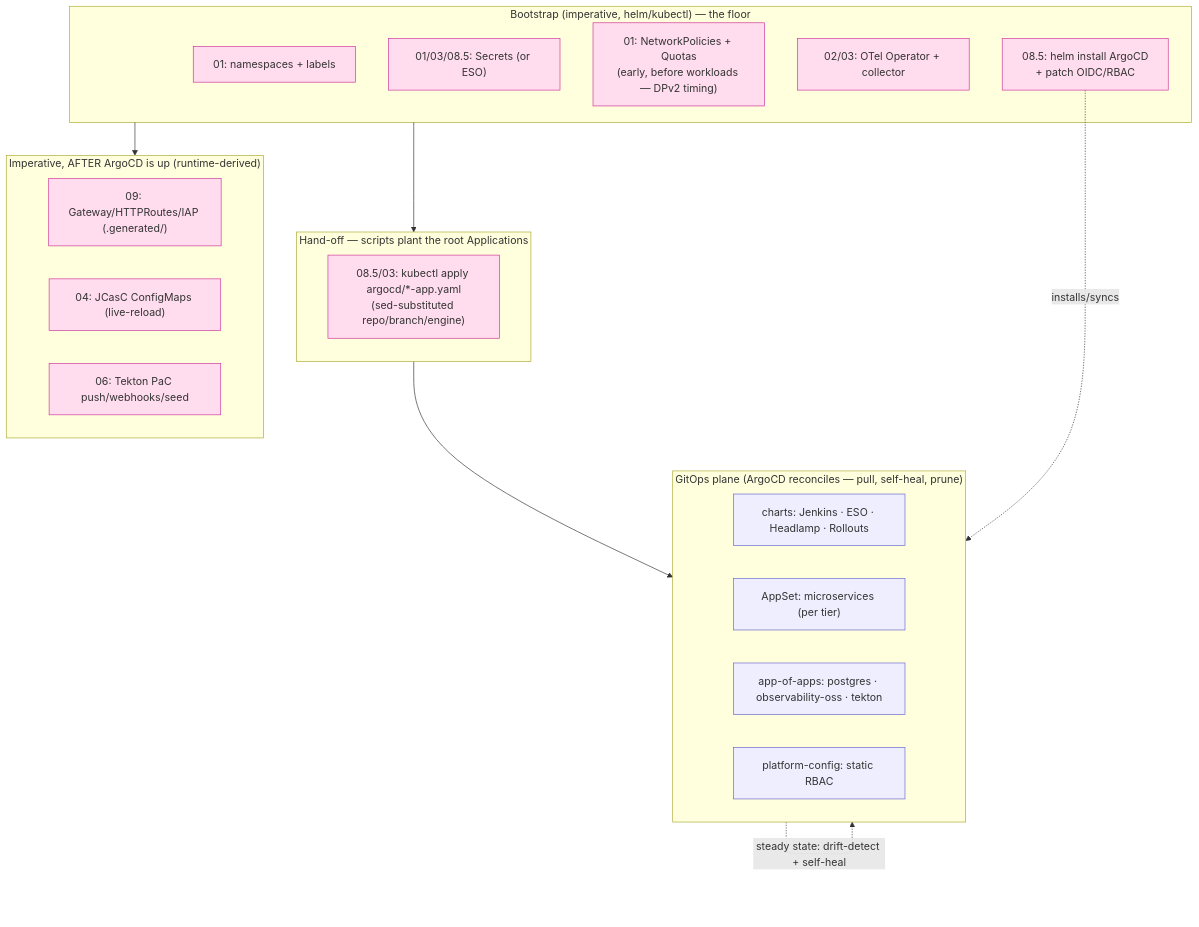
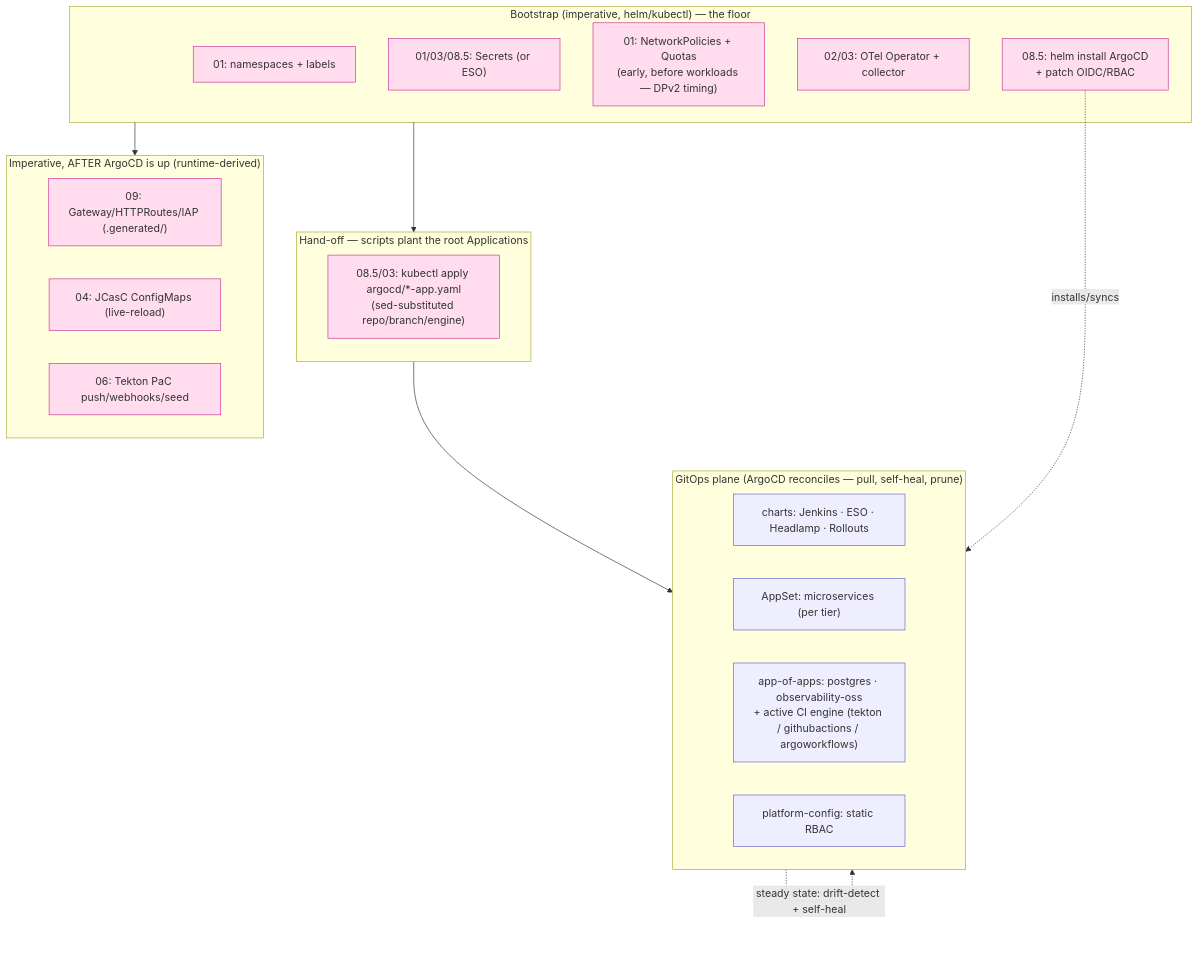
One commit to nubenetes/jenkins-2026 changed the sixth of 11 diagrams in docs/201-ARCHITECTURE.md. Above: the diagram before and after it, drawn with Mermaid. The commit also changed other lines of this file and 4 other files, not shown here.

First line of the commit message:
docs: align remaining mermaid diagrams with main + fix 2 pre-existing broken diagrams (#478)

````diff
--- a/docs/201-ARCHITECTURE.md
+++ b/docs/201-ARCHITECTURE.md
@@ -582,34 +586,34 @@
 ```mermaid
 flowchart TD
     subgraph BOOT["Bootstrap (imperative, helm/kubectl) — the floor"]
         NS["01: namespaces + labels"]
         SEC["01/03/08.5: Secrets (or ESO)"]
         NP["01: NetworkPolicies + Quotas<br/>(early, before workloads — DPv2 timing)"]
         OP["02/03: OTel Operator + collector"]
         ARGO["08.5: helm install ArgoCD<br/>+ patch OIDC/RBAC"]
     end
     subgraph PLANT["Hand-off — scripts plant the root Applications"]
         APPS["08.5/03: kubectl apply argocd/*-app.yaml<br/>(sed-substituted repo/branch/engine)"]
     end
     subgraph PULL["GitOps plane (ArgoCD reconciles — pull, self-heal, prune)"]
         CHARTS["charts: Jenkins · ESO · Headlamp · Rollouts"]
         FLEET["AppSet: microservices (per tier)"]
-        AOA["app-of-apps: postgres · observability-oss · tekton"]
+        AOA["app-of-apps: postgres · observability-oss<br/>+ active CI engine (tekton / githubactions / argoworkflows)"]
         PCFG["platform-config: static RBAC"]
     end
     subgraph RUNTIME["Imperative, AFTER ArgoCD is up (runtime-derived)"]
         GW["09: Gateway/HTTPRoutes/IAP (.generated/)"]
         JCASC["04: JCasC ConfigMaps (live-reload)"]
         SIDE["06: Tekton PaC push/webhooks/seed"]
     end
 
     BOOT --> PLANT --> PULL
     ARGO -.->|"installs/syncs"| PULL
     BOOT --> RUNTIME
     PULL -.->|"steady state: drift-detect + self-heal"| PULL
 
     classDef imp fill:#fde,stroke:#c39;
     classDef git fill:#eef,stroke:#66c;
     class NS,SEC,NP,OP,ARGO,APPS,GW,JCASC,SIDE imp;
     class CHARTS,FLEET,AOA,PCFG git;
 ```
````
